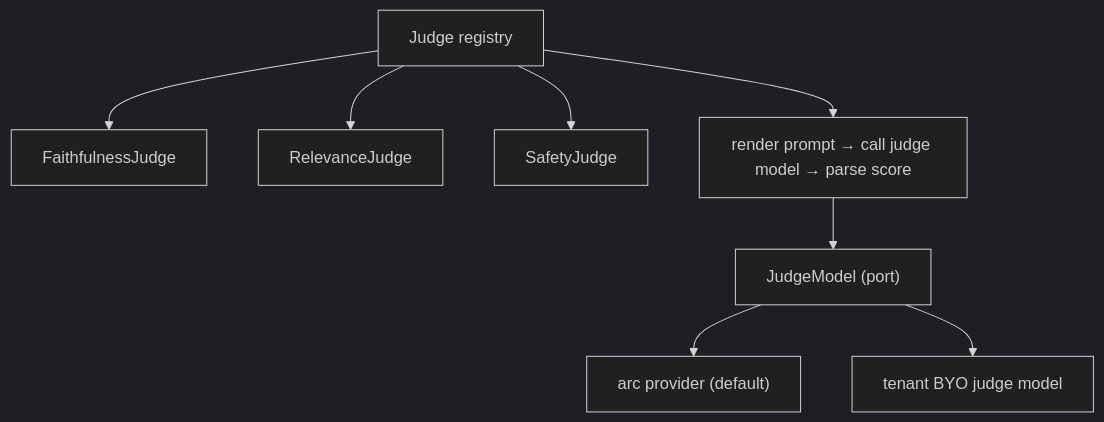
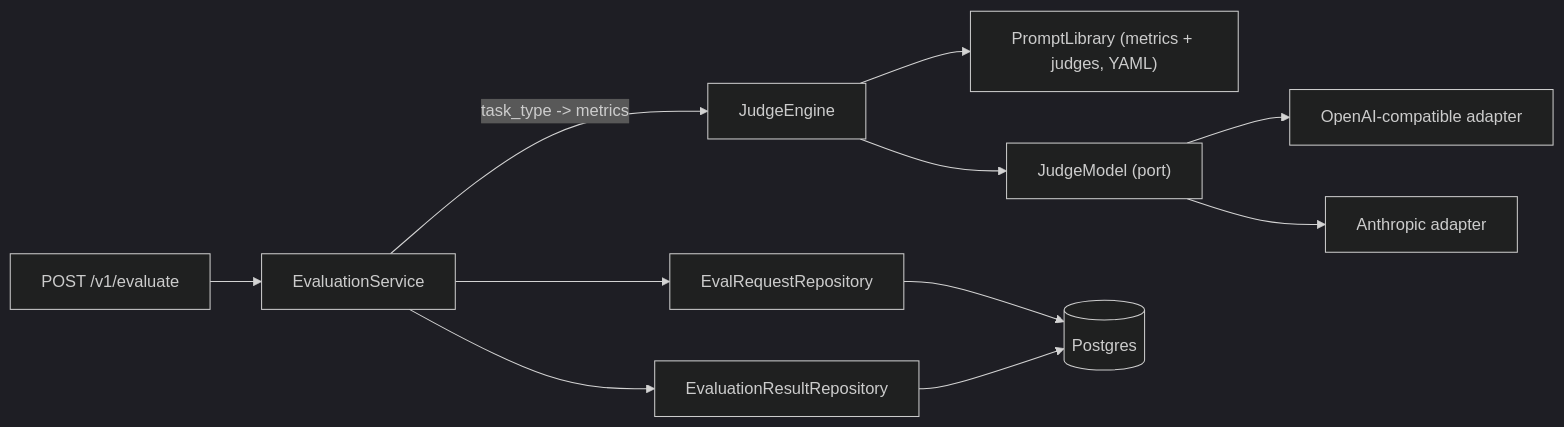
Before and after one commit to DimitarAtanassov/arc-eval-service: the diagram in docs/arc-evaluator.md, drawn with Mermaid (dark theme). The commit also changed other lines of this file and 60 other files, not shown here.

````diff
--- a/docs/arc-evaluator.md
+++ b/docs/arc-evaluator.md
@@ -39,10 +18,13 @@
 ```mermaid
-flowchart TD
-    REG["Judge registry"] --> F["FaithfulnessJudge"]
-    REG --> R["RelevanceJudge"]
-    REG --> S["SafetyJudge"]
-    REG --> RUN["render prompt → call judge model → parse score"]
-    RUN --> PORT["JudgeModel (port)"]
-    PORT --> ARC["arc provider (default)"]
-    PORT --> BYO["tenant BYO judge model"]
+flowchart LR
+    API["POST /v1/evaluate"] --> SVC["EvaluationService"]
+    SVC -->|task_type -> metrics| ENG["JudgeEngine"]
+    ENG --> LIB["PromptLibrary (metrics + judges, YAML)"]
+    ENG --> PORT["JudgeModel (port)"]
+    PORT --> OAI["OpenAI-compatible adapter"]
+    PORT --> ANT["Anthropic adapter"]
+    SVC --> REQ["EvalRequestRepository"]
+    SVC --> RES["EvaluationResultRepository"]
+    REQ --> DB[("Postgres")]
+    RES --> DB
 ```
````
